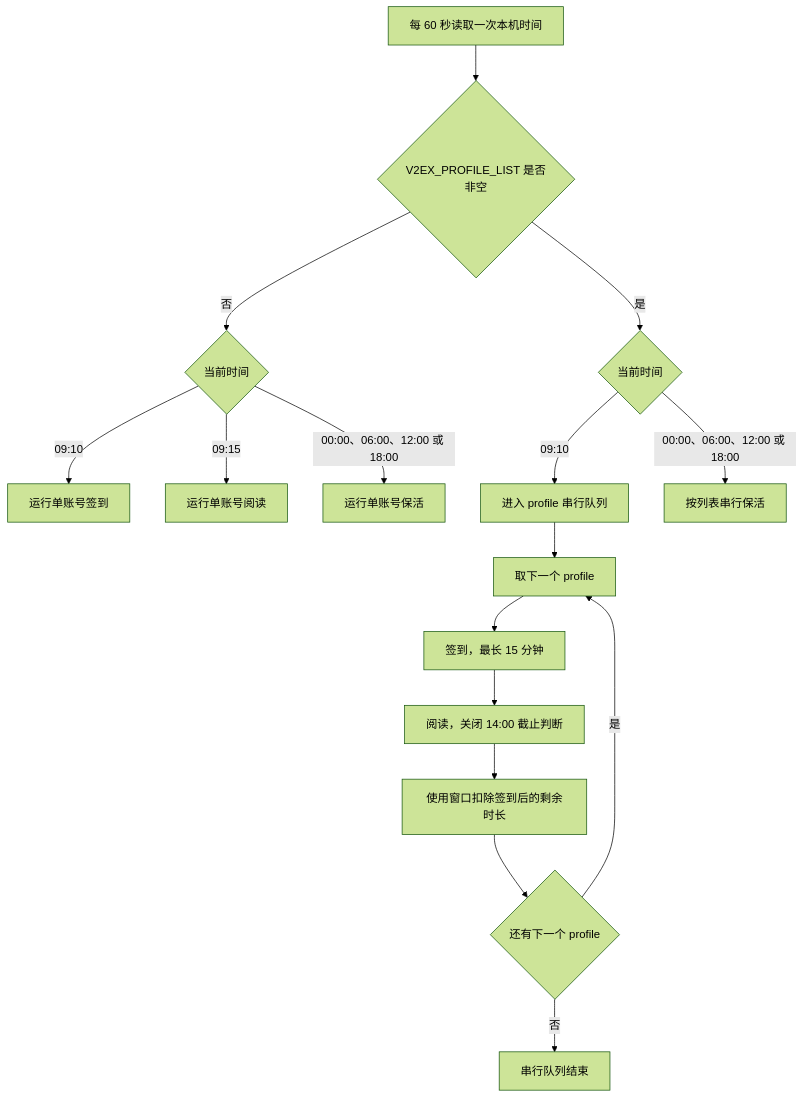
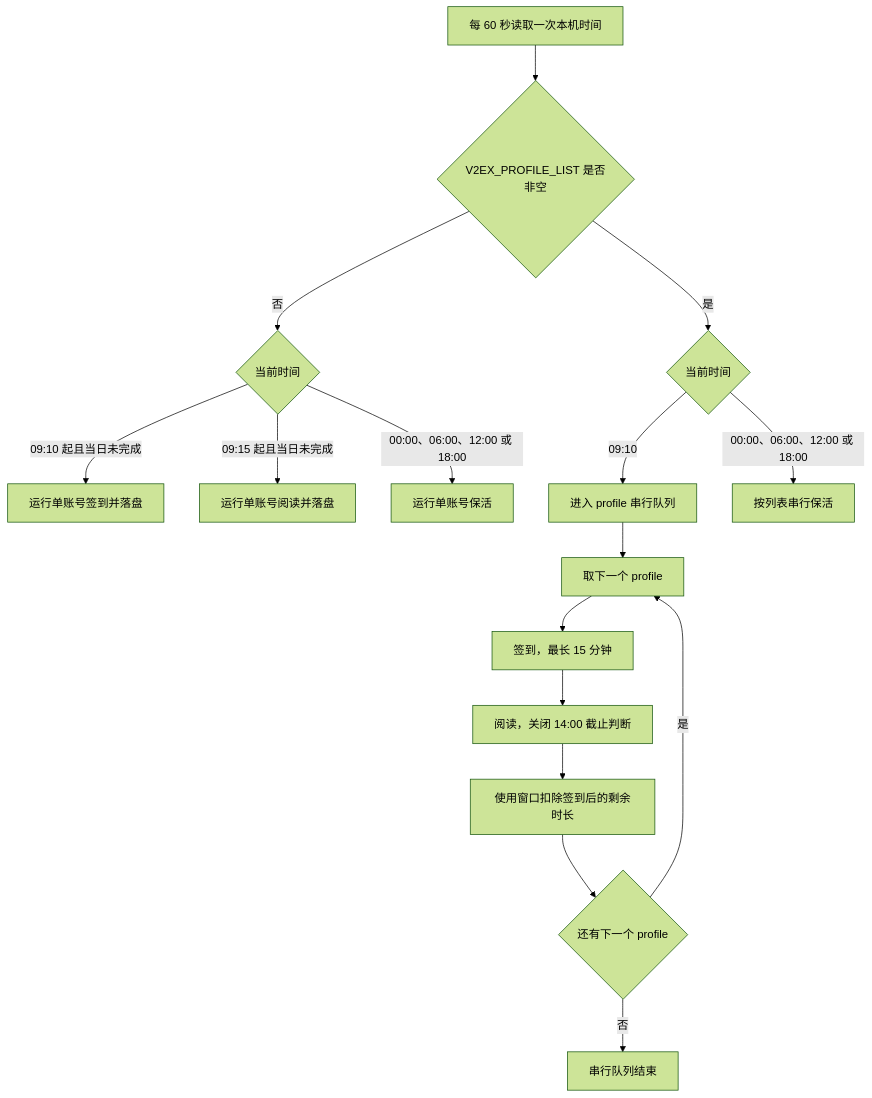
Before and after one commit to mskatoni/v2ex-max-helper: the second of 4 diagrams in docs/实际流程图谱.md, drawn with Mermaid (forest theme). The commit also changed other lines of this file and 53 other files, not shown here.

````diff
--- a/docs/实际流程图谱.md
+++ b/docs/实际流程图谱.md
@@ -30,18 +30,18 @@
 ```mermaid
 flowchart TD
     T0["每 60 秒读取一次本机时间"] --> M0{"V2EX_PROFILE_LIST 是否非空"}
     M0 -->|"否"| S0{"当前时间"}
-    S0 -->|"09:10"| S1["运行单账号签到"]
-    S0 -->|"09:15"| S2["运行单账号阅读"]
+    S0 -->|"09:10 起且当日未完成"| S1["运行单账号签到并落盘"]
+    S0 -->|"09:15 起且当日未完成"| S2["运行单账号阅读并落盘"]
     S0 -->|"00:00、06:00、12:00 或 18:00"| S3["运行单账号保活"]
     M0 -->|"是"| D0{"当前时间"}
     D0 -->|"09:10"| Q0["进入 profile 串行队列"]
     D0 -->|"00:00、06:00、12:00 或 18:00"| QP["按列表串行保活"]
     Q0 --> P0["取下一个 profile"]
     P0 --> C0["签到，最长 15 分钟"]
     C0 --> R0["阅读，关闭 14:00 截止判断"]
     R0 --> R1["使用窗口扣除签到后的剩余时长"]
     R1 --> N0{"还有下一个 profile"}
     N0 -->|"是"| P0
     N0 -->|"否"| E0["串行队列结束"]
 ```
````
